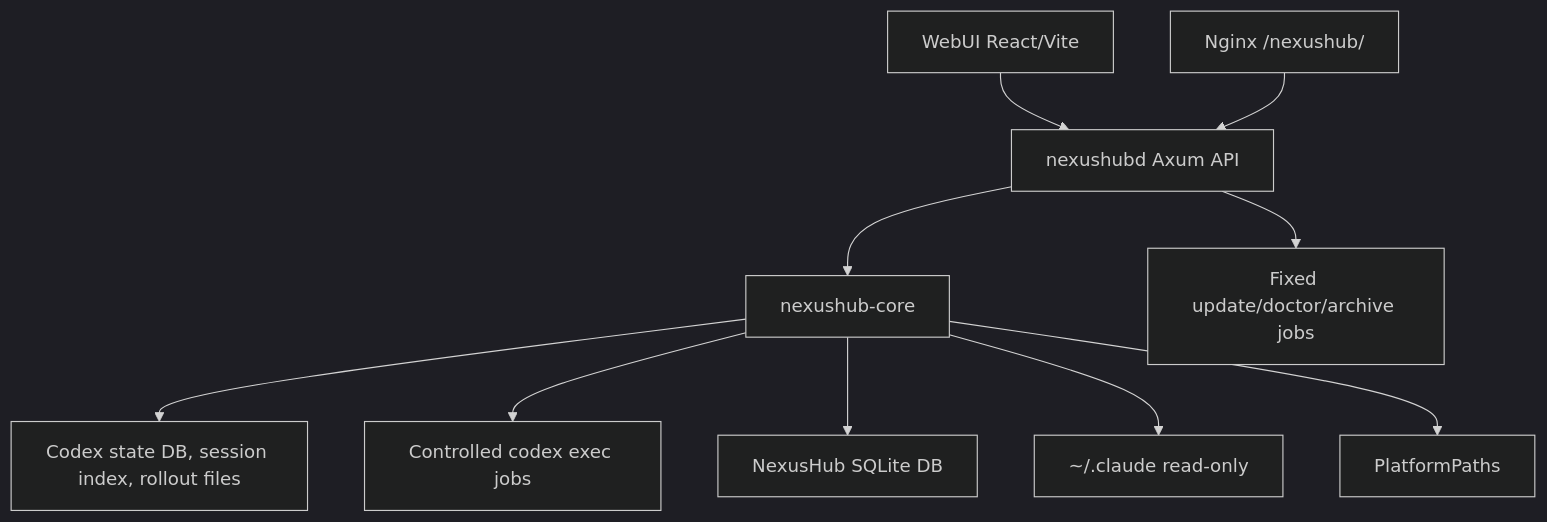
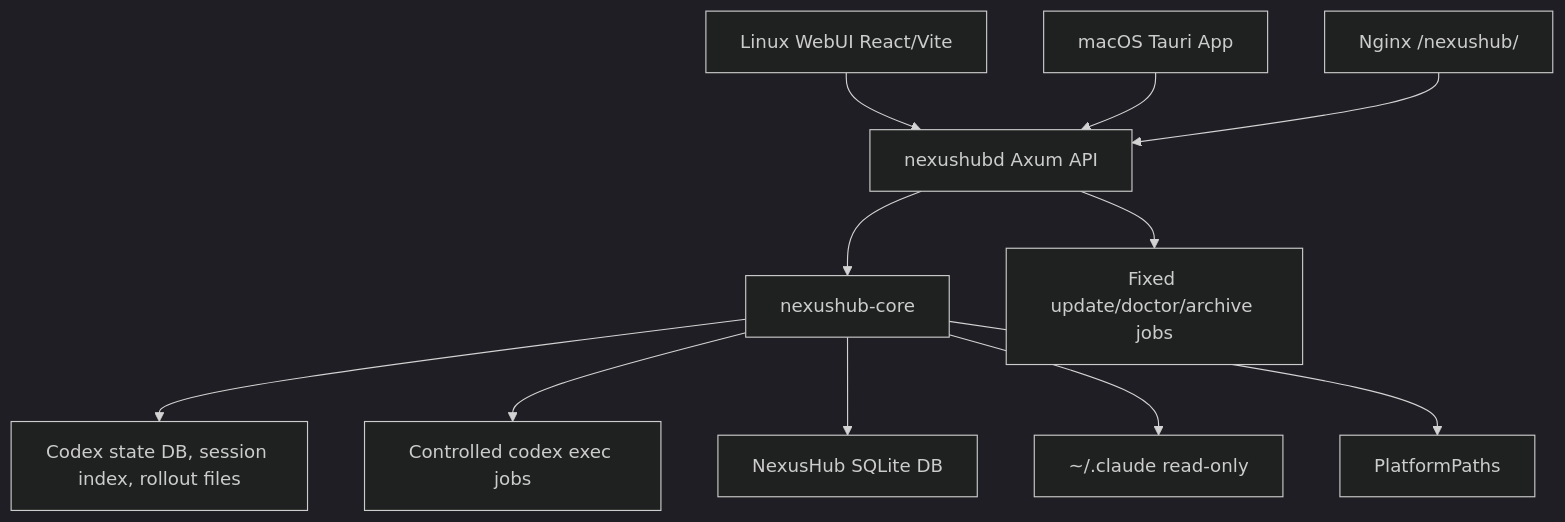
Before and after one commit to lich13/nexushub: the diagram in docs/analysis/project-overview.md, drawn with Mermaid (dark theme). The commit also changed other lines of this file and 101 other files, not shown here.

Commit message:
feat: add macOS Tauri app split

````diff
--- a/docs/analysis/project-overview.md
+++ b/docs/analysis/project-overview.md
@@ -9,12 +9,13 @@
 ```mermaid
 flowchart TD
-    Browser[WebUI React/Vite] --> API[nexushubd Axum API]
+    LinuxBrowser[Linux WebUI React/Vite] --> API[nexushubd Axum API]
+    MacTauri[macOS Tauri App] --> API
     API --> Core[nexushub-core]
     Core --> CodexState[Codex state DB, session index, rollout files]
     Core --> Jobs[Controlled codex exec jobs]
     Core --> PanelDb[NexusHub SQLite DB]
     Core --> ClaudeHome[~/.claude read-only]
     Core --> Platform[PlatformPaths]
     API --> FixedJobs[Fixed update/doctor/archive jobs]
     Nginx[Nginx /nexushub/] --> API
 ```
````
